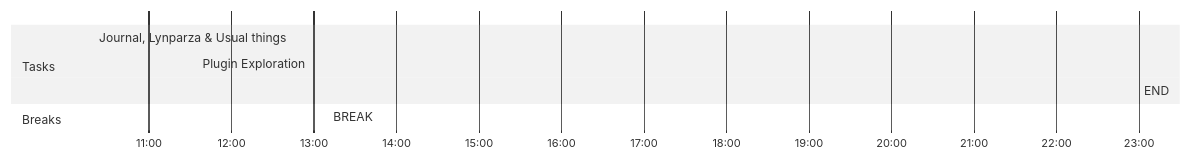
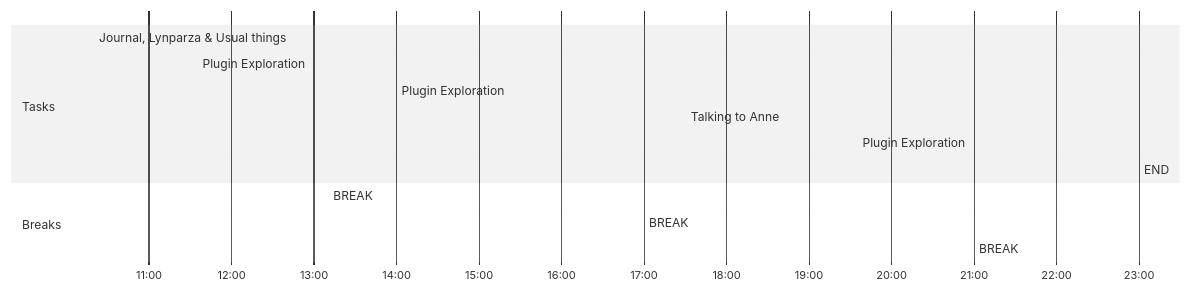
The diagram in 🌱 Journal/2022/Quarter 2/05-May/11-May-22.md (nihitkhandelwal-eng/The_Brainforest), drawn with Mermaid (neutral theme) before and after one commit. The commit also changed other lines of this file and 6 other files, not shown here.

````diff
--- a/🌱 Journal/2022/Quarter 2/05-May/11-May-22.md
+++ b/🌱 Journal/2022/Quarter 2/05-May/11-May-22.md
@@ -16,12 +17,17 @@
 ```mermaid
 gantt
     dateFormat  HH-mm
     axisFormat %H:%M
-    %% Current Time: 5:54:34 PM
+    %% Current Time: 8:40:34 PM
     section Tasks
     Journal, Lynparza & Usual things     :10-20, 75mm
     Plugin Exploration     :11-35, 95mm
+    Plugin Exploration     :14-00, 180mm
+    Talking to Anne     :17-30, 125mm
+    Plugin Exploration     :19-35, 85mm
     END     :23-00, 0mm
     section Breaks
-    BREAK     :13-10, 590mm
+    BREAK     :13-10, 50mm
+    BREAK     :17-00, 30mm
+    BREAK     :21-00, 120mm
 ```
````
